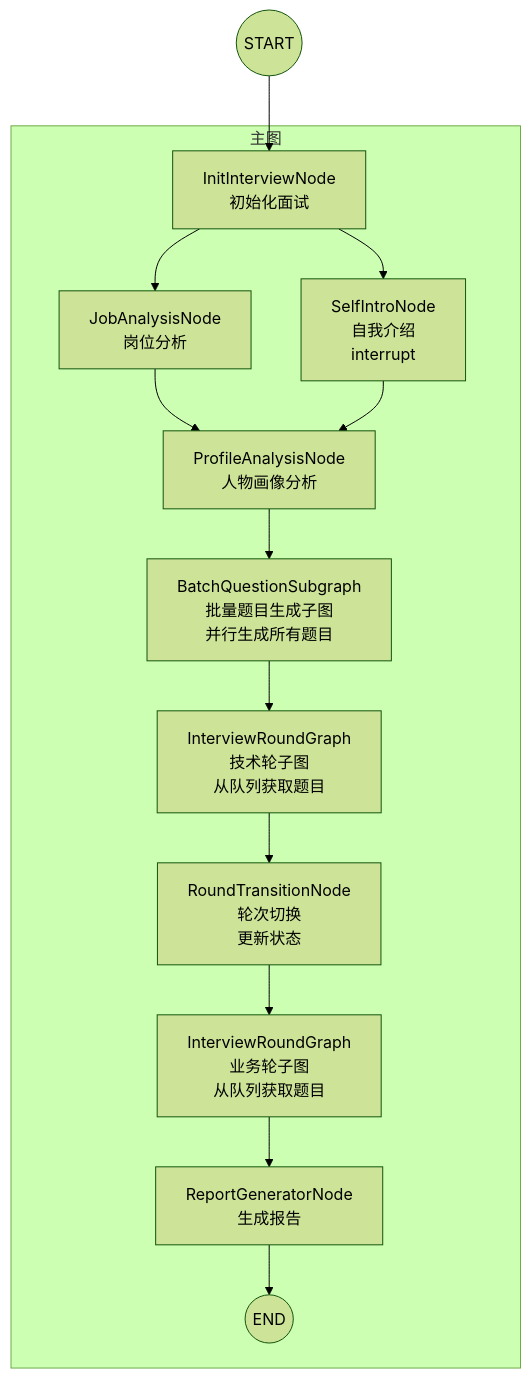
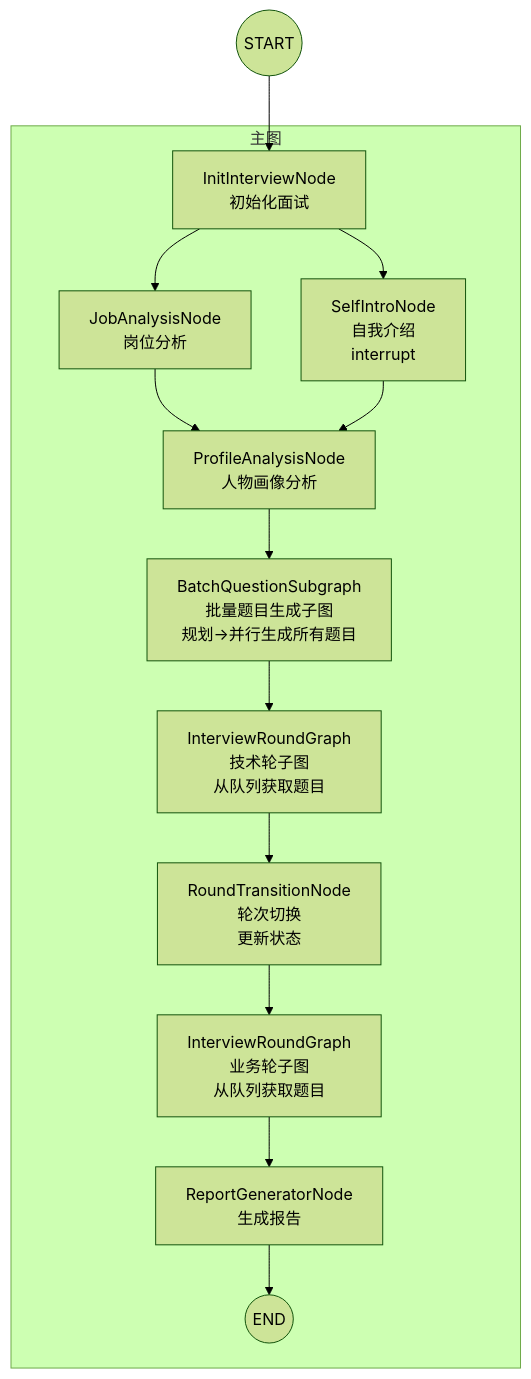
Before and after one commit to zunff/interview-agent: the first of 5 diagrams in README.md, drawn with Mermaid (forest theme). The commit also changed other lines of this file and 24 other files, not shown here.

````diff
--- a/README.md
+++ b/README.md
@@ -37,26 +37,26 @@
 ```mermaid
 graph TD
     START((START))
 
     subgraph InterviewAgentGraph[主图]
         INIT[InitInterviewNode<br/>初始化面试] --> JOB[JobAnalysisNode<br/>岗位分析]
         INIT --> SELF[SelfIntroNode<br/>自我介绍<br/>interrupt]
 
         JOB --> PROFILE[ProfileAnalysisNode<br/>人物画像分析]
         SELF --> PROFILE
 
-        PROFILE --> BATCH[BatchQuestionSubgraph<br/>批量题目生成子图<br/>并行生成所有题目]
+        PROFILE --> BATCH[BatchQuestionSubgraph<br/>批量题目生成子图<br/>规划→并行生成所有题目]
 
         BATCH --> TECH[InterviewRoundGraph<br/>技术轮子图<br/>从队列获取题目]
 
         TECH --> TRANS[RoundTransitionNode<br/>轮次切换<br/>更新状态]
 
         TRANS --> BIZ[InterviewRoundGraph<br/>业务轮子图<br/>从队列获取题目]
 
         BIZ --> REPORT[ReportGeneratorNode<br/>生成报告]
 
         REPORT --> END((END))
     end
 
     START --> INIT
 ```
````
